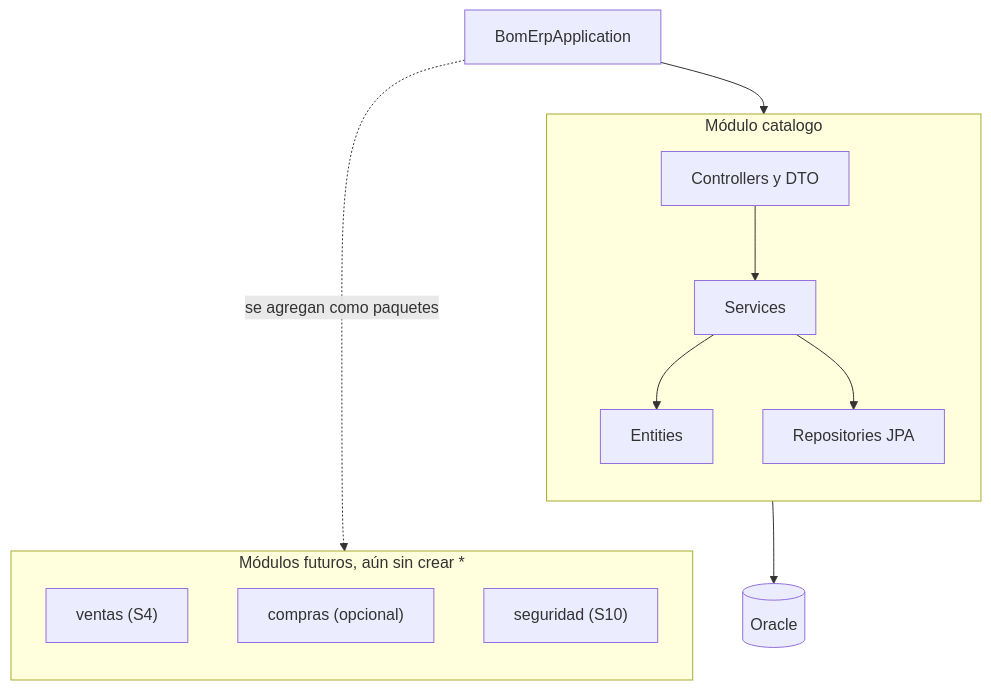
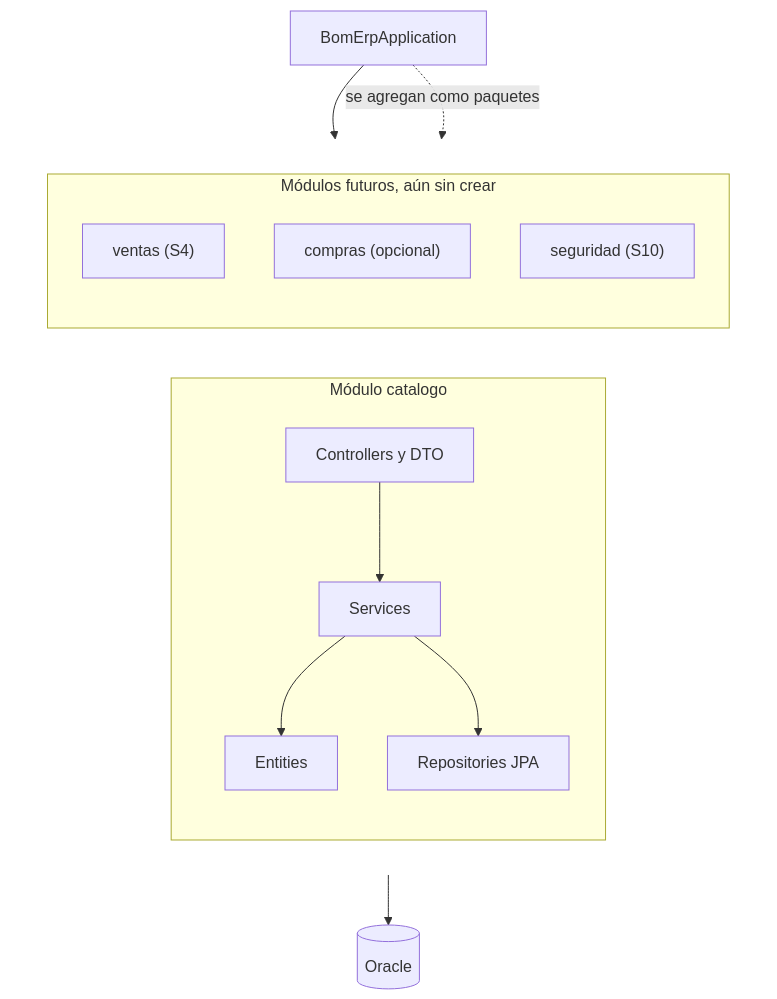
Before and after one commit to 262ciclo4/bomerp: the second of 2 diagrams in docs/lp2/sesiones/S01_Arquitectura_Backend_REST_Profesional.md, drawn with Mermaid. The commit also changed other lines of this file, not shown here.

````diff
--- a/docs/lp2/sesiones/S01_Arquitectura_Backend_REST_Profesional.md
+++ b/docs/lp2/sesiones/S01_Arquitectura_Backend_REST_Profesional.md
@@ -80,26 +80,29 @@
 ```mermaid
 flowchart TB
     APP[BomErpApplication]
 
-    subgraph CAT["Módulo catalogo"]
-        direction TB
-        API[Controllers y DTO] --> USE[Services]
-        USE --> DOM[Entities]
-        USE --> INF[Repositories JPA]
-    end
+    subgraph ROW[" "]
+        direction LR
+        subgraph CAT["Módulo catalogo"]
+            direction TB
+            API[Controllers y DTO] --> USE[Services]
+            USE --> DOM[Entities]
+            USE --> INF[Repositories JPA]
+        end
 
-    subgraph FUTUROS["Módulos futuros, aún sin crear *"]
-        direction TB
-        VEN["ventas (S4)"]
-        COM["compras (opcional)"]
-        SEG["seguridad (S10)"]
+        subgraph FUTUROS["Módulos futuros, aún sin crear"]
+            direction TB
+            VEN["ventas (S4)"]
+            COM["compras (opcional)"]
+            SEG["seguridad (S10)"]
+        end
     end
 
     DB[(Oracle)]
 
     APP --> CAT
     APP -.->|se agregan como paquetes| FUTUROS
     INF --> DB
 
-    CAT ~~~ FUTUROS
+    style ROW fill:none,stroke:none
 ```
````
